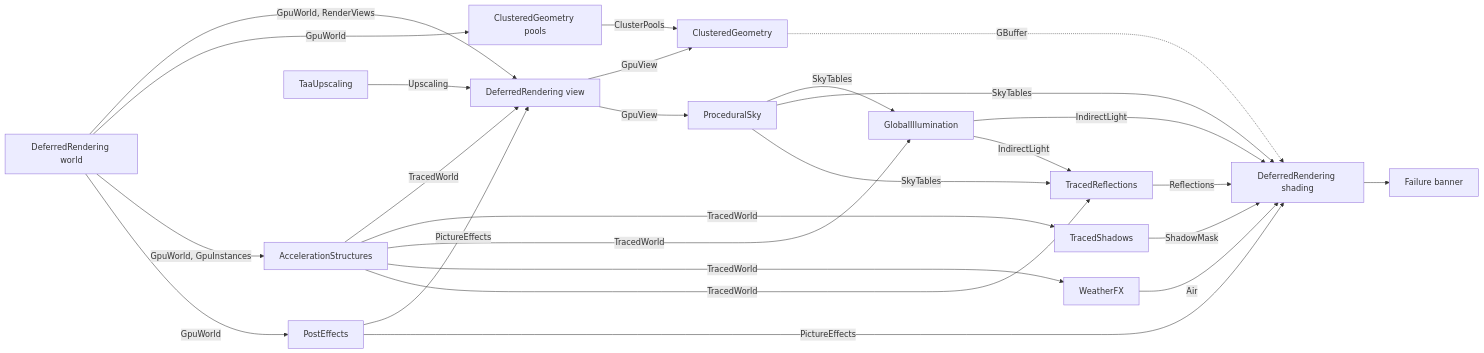
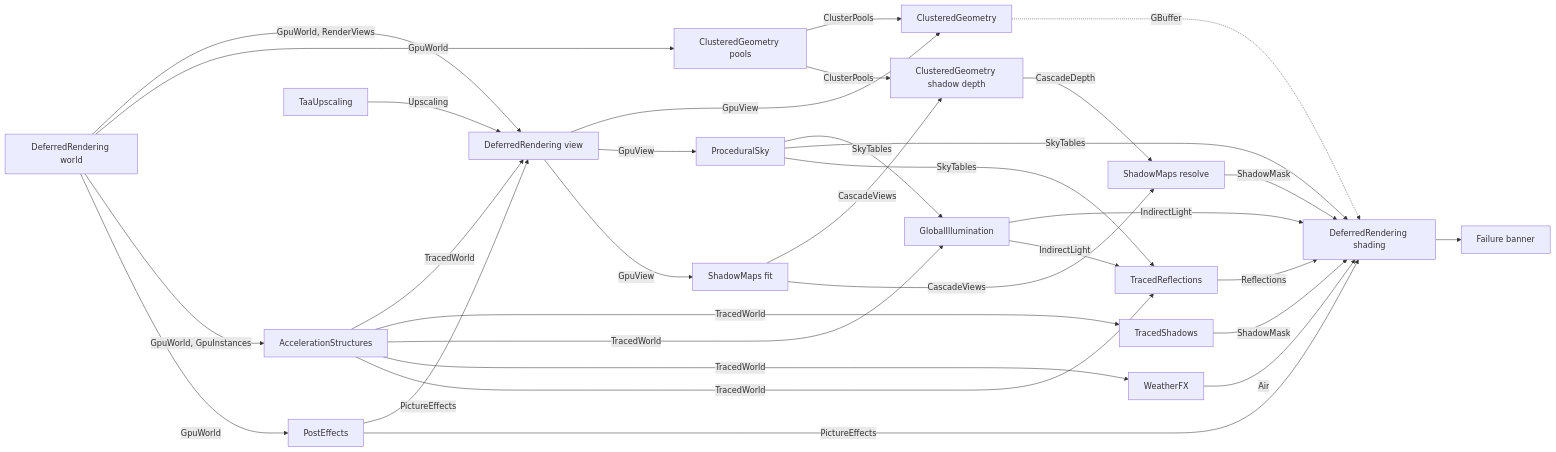
The diagram in docs/RENDERING.md (Konfus-org/Magic), drawn with Mermaid before and after one commit. The commit also changed other lines of this file and 46 other files, not shown here.

First line of the commit message:
feat: shadow the sun from cascaded shadow maps with contact-hardening filtering

````diff
--- a/docs/RENDERING.md
+++ b/docs/RENDERING.md
@@ -12,28 +12,34 @@
 ```mermaid
 flowchart LR
     World[DeferredRendering world] -- GpuWorld, RenderViews --> View[DeferredRendering view]
     World -- GpuWorld --> Pools[ClusteredGeometry pools]
     World -- GpuWorld, GpuInstances --> Accel[AccelerationStructures]
     World -- GpuWorld --> Post[PostEffects]
     Taa[TaaUpscaling] -- Upscaling --> View
     Post -- PictureEffects --> View
     Accel -- TracedWorld --> View
     View -- GpuView --> Clusters[ClusteredGeometry]
     View -- GpuView --> Sky[ProceduralSky]
     Sky -- SkyTables --> GI
     Sky -- SkyTables --> Shading
     Sky -- SkyTables --> Refl
     Pools -- ClusterPools --> Clusters
     Accel -- TracedWorld --> Shadows[TracedShadows]
     Accel -- TracedWorld --> GI[GlobalIllumination]
     Accel -- TracedWorld --> Vol[WeatherFX]
     Shadows -- ShadowMask --> Shading[DeferredRendering shading]
+    View -- GpuView --> Fit[ShadowMaps fit]
+    Fit -- CascadeViews --> ShadowDepth[ClusteredGeometry shadow depth]
+    Pools -- ClusterPools --> ShadowDepth
+    ShadowDepth -- CascadeDepth --> Resolve[ShadowMaps resolve]
+    Fit -- CascadeViews --> Resolve
+    Resolve -- ShadowMask --> Shading
     GI -- IndirectLight --> Shading
     Accel -- TracedWorld --> Refl[TracedReflections]
     GI -- IndirectLight --> Refl
     Refl -- Reflections --> Shading
     Vol -- Air --> Shading
     Post -- PictureEffects --> Shading
     Clusters -. GBuffer .-> Shading
     Shading --> Banner[Failure banner]
 ```
````
